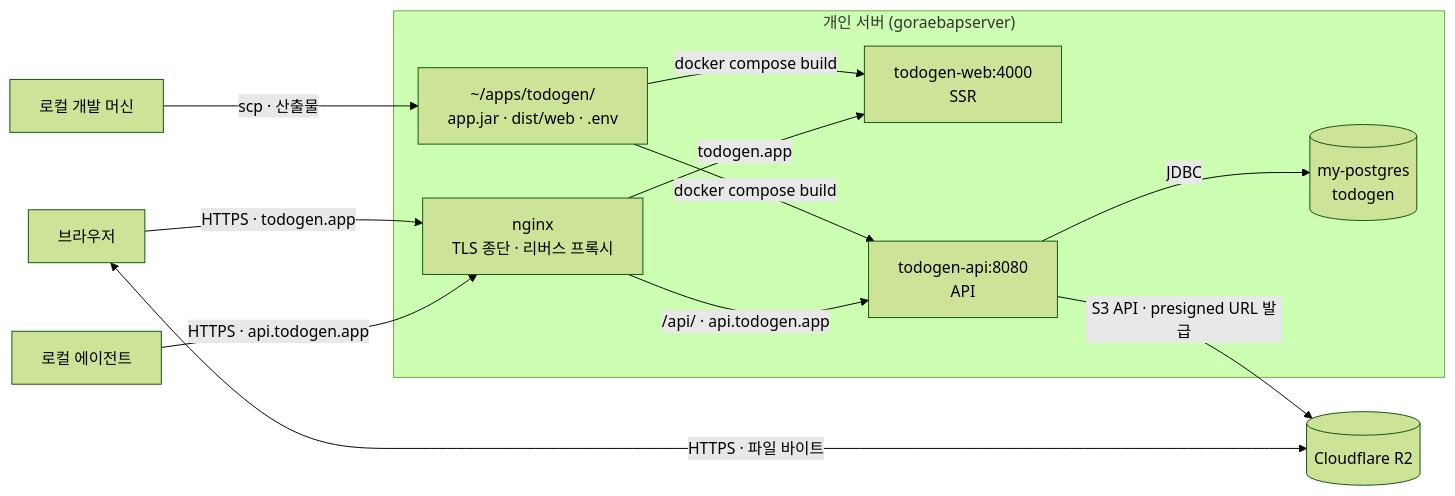
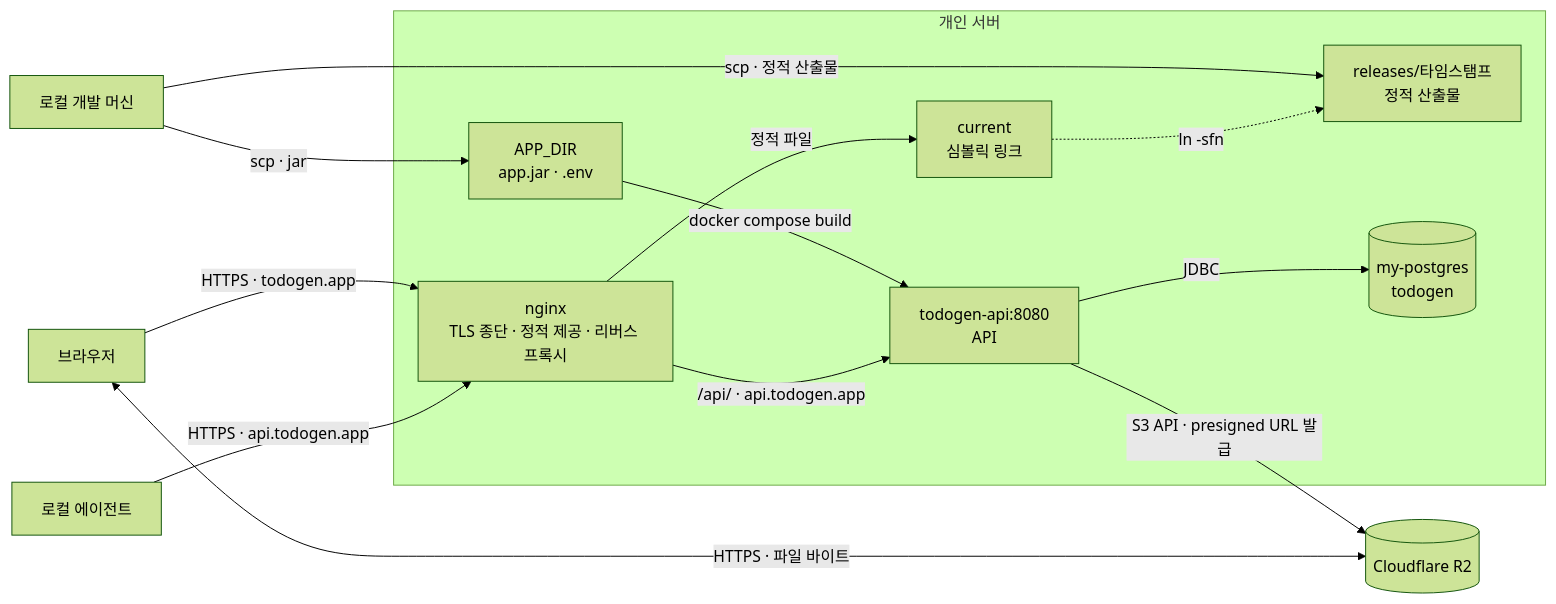
Before and after one commit to dev-goraebap/gentask: the diagram in docs/architecture/07-deployment-view.md, drawn with Mermaid (forest theme). The commit also changed other lines of this file and 11 other files, not shown here.

````diff
--- a/docs/architecture/07-deployment-view.md
+++ b/docs/architecture/07-deployment-view.md
@@ -5,26 +5,28 @@
 ```mermaid
 flowchart LR
     dev["로컬 개발 머신"]
     browser["브라우저"]
     agent["로컬 에이전트"]
     r2[("Cloudflare R2")]
 
-    subgraph host["개인 서버 (goraebapserver)"]
-        staging["~/apps/todogen/<br/>app.jar · dist/web · .env"]
-        nginx["nginx<br/>TLS 종단 · 리버스 프록시"]
-        web["todogen-web:4000<br/>SSR"]
+    subgraph host["개인 서버"]
+        release["releases/타임스탬프<br/>정적 산출물"]
+        current["current<br/>심볼릭 링크"]
+        staging["APP_DIR<br/>app.jar · .env"]
+        nginx["nginx<br/>TLS 종단 · 정적 제공 · 리버스 프록시"]
         api["todogen-api:8080<br/>API"]
         db[("my-postgres<br/>todogen")]
     end
 
-    dev -- "scp · 산출물" --> staging
-    staging -- "docker compose build" --> web
+    dev -- "scp · 정적 산출물" --> release
+    dev -- "scp · jar" --> staging
+    current -. "ln -sfn" .-> release
     staging -- "docker compose build" --> api
     browser -- "HTTPS · todogen.app" --> nginx
     agent -- "HTTPS · api.todogen.app" --> nginx
-    nginx -- "todogen.app" --> web
+    nginx -- "정적 파일" --> current
     nginx -- "/api/ · api.todogen.app" --> api
     api -- "JDBC" --> db
     api -- "S3 API · presigned URL 발급" --> r2
     browser <-- "HTTPS · 파일 바이트" --> r2
 ```
````
